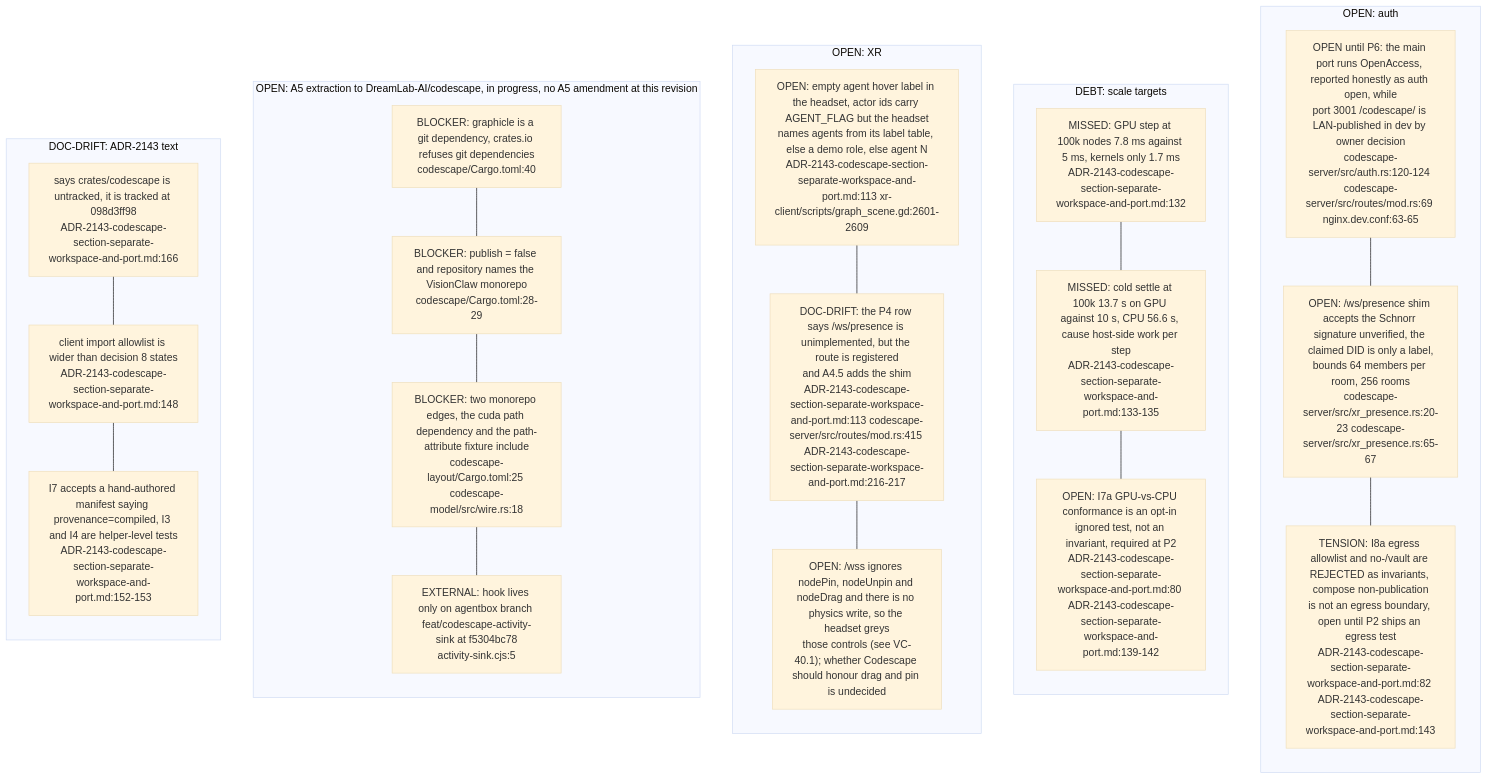
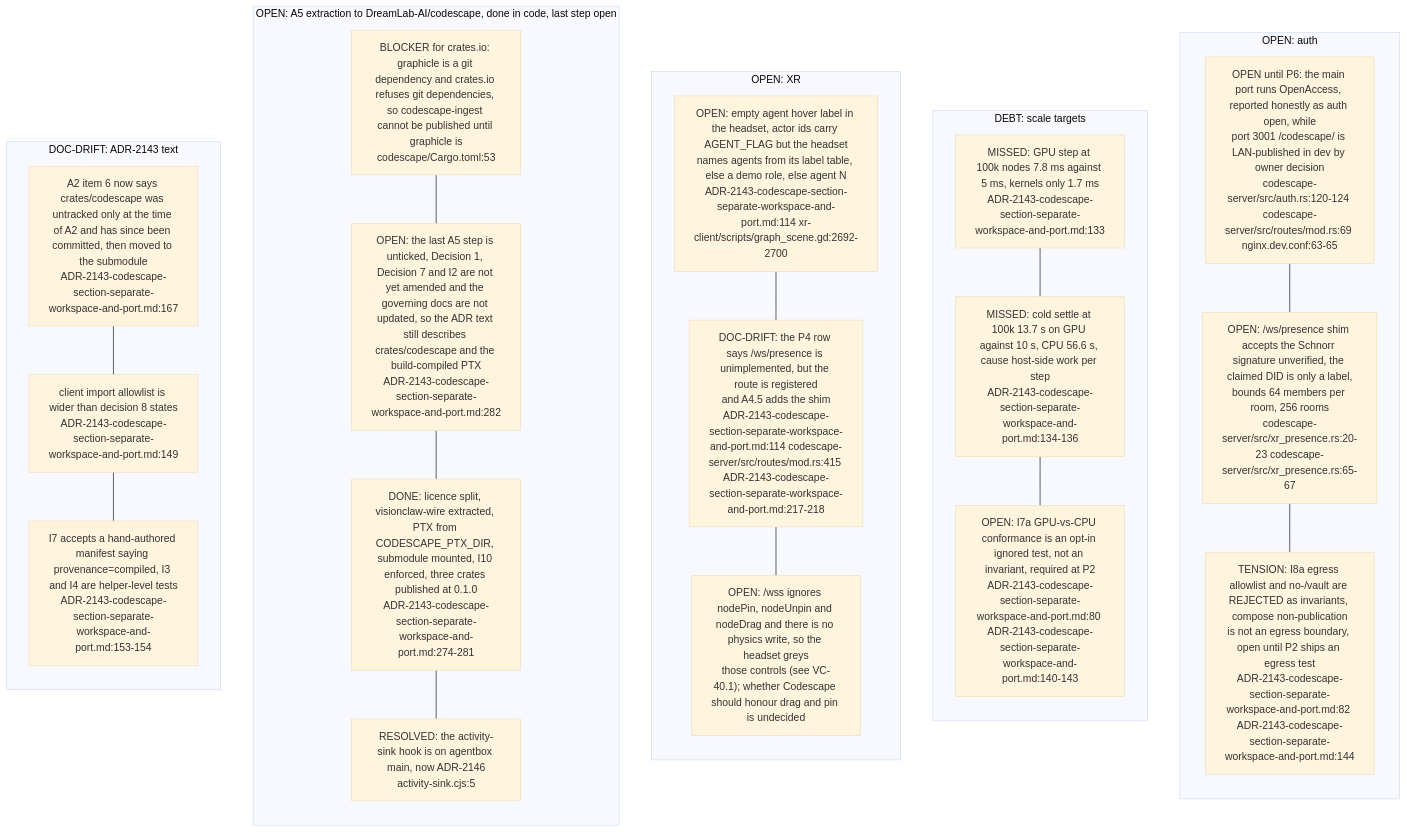
Before and after one commit to DreamLab-AI/VisionFlow: the seventh of 7 diagrams in docs/diagrams/visionclaw/39-codescape.md, drawn with Mermaid (base theme). The commit also changed other lines of this file and 160 other files, not shown here.

````diff
--- a/docs/diagrams/visionclaw/39-codescape.md
+++ b/docs/diagrams/visionclaw/39-codescape.md
@@ -317,39 +323,39 @@
 ```mermaid
 flowchart TB
     subgraph SEC["OPEN: auth"]
         direction TB
         R1["OPEN until P6: the main port runs OpenAccess, reported honestly as auth open, while<br/>port 3001 /codescape/ is LAN-published in dev by owner decision<br/>codescape-server/src/auth.rs:120-124 codescape-server/src/routes/mod.rs:69 nginx.dev.conf:63-65"]
         R2["OPEN: /ws/presence shim accepts the Schnorr signature unverified, the claimed DID is only a label,<br/>bounds 64 members per room, 256 rooms<br/>codescape-server/src/xr_presence.rs:20-23 codescape-server/src/xr_presence.rs:65-67"]
-        R3["TENSION: I8a egress allowlist and no-/vault are REJECTED as invariants, compose non-publication<br/>is not an egress boundary, open until P2 ships an egress test<br/>ADR-2143-codescape-section-separate-workspace-and-port.md:82 ADR-2143-codescape-section-separate-workspace-and-port.md:143"]
+        R3["TENSION: I8a egress allowlist and no-/vault are REJECTED as invariants, compose non-publication<br/>is not an egress boundary, open until P2 ships an egress test<br/>ADR-2143-codescape-section-separate-workspace-and-port.md:82 ADR-2143-codescape-section-separate-workspace-and-port.md:144"]
         R1 --- R2 --- R3
     end
     subgraph PERF["DEBT: scale targets"]
         direction TB
-        P1["MISSED: GPU step at 100k nodes 7.8 ms against 5 ms, kernels only 1.7 ms<br/>ADR-2143-codescape-section-separate-workspace-and-port.md:132"]
-        P2["MISSED: cold settle at 100k 13.7 s on GPU against 10 s, CPU 56.6 s, cause host-side work per step<br/>ADR-2143-codescape-section-separate-workspace-and-port.md:133-135"]
-        P3["OPEN: I7a GPU-vs-CPU conformance is an opt-in ignored test, not an invariant, required at P2<br/>ADR-2143-codescape-section-separate-workspace-and-port.md:80 ADR-2143-codescape-section-separate-workspace-and-port.md:139-142"]
+        P1["MISSED: GPU step at 100k nodes 7.8 ms against 5 ms, kernels only 1.7 ms<br/>ADR-2143-codescape-section-separate-workspace-and-port.md:133"]
+        P2["MISSED: cold settle at 100k 13.7 s on GPU against 10 s, CPU 56.6 s, cause host-side work per step<br/>ADR-2143-codescape-section-separate-workspace-and-port.md:134-136"]
+        P3["OPEN: I7a GPU-vs-CPU conformance is an opt-in ignored test, not an invariant, required at P2<br/>ADR-2143-codescape-section-separate-workspace-and-port.md:80 ADR-2143-codescape-section-separate-workspace-and-port.md:140-143"]
         P1 --- P2 --- P3
     end
     subgraph XRG["OPEN: XR"]
         direction TB
-        X1["OPEN: empty agent hover label in the headset, actor ids carry AGENT_FLAG but the headset<br/>names agents from its label table, else a demo role, else agent N<br/>ADR-2143-codescape-section-separate-workspace-and-port.md:113 xr-client/scripts/graph_scene.gd:2601-2609"]
-        X2["DOC-DRIFT: the P4 row says /ws/presence is unimplemented, but the route is registered<br/>and A4.5 adds the shim<br/>ADR-2143-codescape-section-separate-workspace-and-port.md:113 codescape-server/src/routes/mod.rs:415 ADR-2143-codescape-section-separate-workspace-and-port.md:216-217"]
+        X1["OPEN: empty agent hover label in the headset, actor ids carry AGENT_FLAG but the headset<br/>names agents from its label table, else a demo role, else agent N<br/>ADR-2143-codescape-section-separate-workspace-and-port.md:114 xr-client/scripts/graph_scene.gd:2692-2700"]
+        X2["DOC-DRIFT: the P4 row says /ws/presence is unimplemented, but the route is registered<br/>and A4.5 adds the shim<br/>ADR-2143-codescape-section-separate-workspace-and-port.md:114 codescape-server/src/routes/mod.rs:415 ADR-2143-codescape-section-separate-workspace-and-port.md:217-218"]
         X3["OPEN: /wss ignores nodePin, nodeUnpin and nodeDrag and there is no physics write, so the headset greys<br/>those controls (see VC-40.1); whether Codescape should honour drag and pin is undecided"]
         X1 --- X2 --- X3
     end
-    subgraph EXT["OPEN: A5 extraction to DreamLab-AI/codescape, in progress, no A5 amendment at this revision"]
+    subgraph EXT["OPEN: A5 extraction to DreamLab-AI/codescape, done in code, last step open"]
         direction TB
-        E1["BLOCKER: graphicle is a git dependency, crates.io refuses git dependencies<br/>codescape/Cargo.toml:40"]
-        E2["BLOCKER: publish = false and repository names the VisionClaw monorepo<br/>codescape/Cargo.toml:28-29"]
-        E3["BLOCKER: two monorepo edges, the cuda path dependency and the path-attribute fixture include<br/>codescape-layout/Cargo.toml:25 codescape-model/src/wire.rs:18"]
-        E4["EXTERNAL: hook lives only on agentbox branch feat/codescape-activity-sink at f5304bc78<br/>activity-sink.cjs:5"]
+        E1["BLOCKER for crates.io: graphicle is a git dependency and crates.io refuses git dependencies, so codescape-ingest cannot be published until graphicle is<br/>codescape/Cargo.toml:53"]
+        E2["OPEN: the last A5 step is unticked, Decision 1, Decision 7 and I2 are not yet amended and the governing docs are not updated, so the ADR text still describes crates/codescape and the build-compiled PTX<br/>ADR-2143-codescape-section-separate-workspace-and-port.md:282"]
+        E3["DONE: licence split, visionclaw-wire extracted, PTX from CODESCAPE_PTX_DIR, submodule mounted, I10 enforced, three crates published at 0.1.0<br/>ADR-2143-codescape-section-separate-workspace-and-port.md:274-281"]
+        E4["RESOLVED: the activity-sink hook is on agentbox main, now ADR-2146<br/>activity-sink.cjs:5"]
         E1 --- E2 --- E3 --- E4
     end
     subgraph DR["DOC-DRIFT: ADR-2143 text"]
         direction TB
-        D1["says crates/codescape is untracked, it is tracked at 098d3ff98<br/>ADR-2143-codescape-section-separate-workspace-and-port.md:166"]
-        D2["client import allowlist is wider than decision 8 states<br/>ADR-2143-codescape-section-separate-workspace-and-port.md:148"]
-        D3["I7 accepts a hand-authored manifest saying provenance=compiled, I3 and I4 are helper-level tests<br/>ADR-2143-codescape-section-separate-workspace-and-port.md:152-153"]
+        D1["A2 item 6 now says crates/codescape was untracked only at the time of A2 and has since been committed, then moved to the submodule<br/>ADR-2143-codescape-section-separate-workspace-and-port.md:167"]
+        D2["client import allowlist is wider than decision 8 states<br/>ADR-2143-codescape-section-separate-workspace-and-port.md:149"]
+        D3["I7 accepts a hand-authored manifest saying provenance=compiled, I3 and I4 are helper-level tests<br/>ADR-2143-codescape-section-separate-workspace-and-port.md:153-154"]
         D1 --- D2 --- D3
     end
 ```
````
